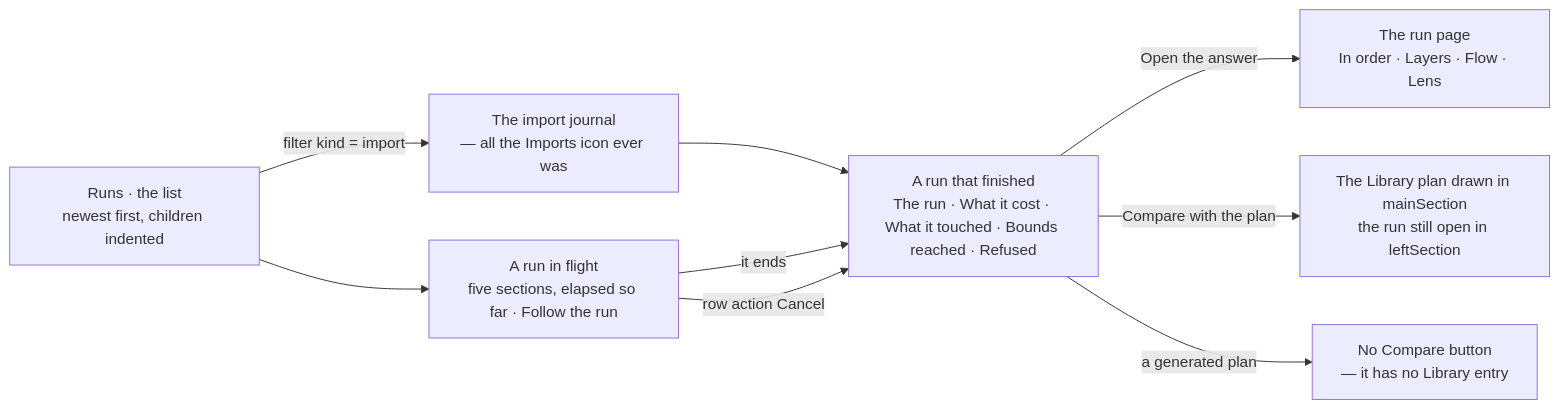
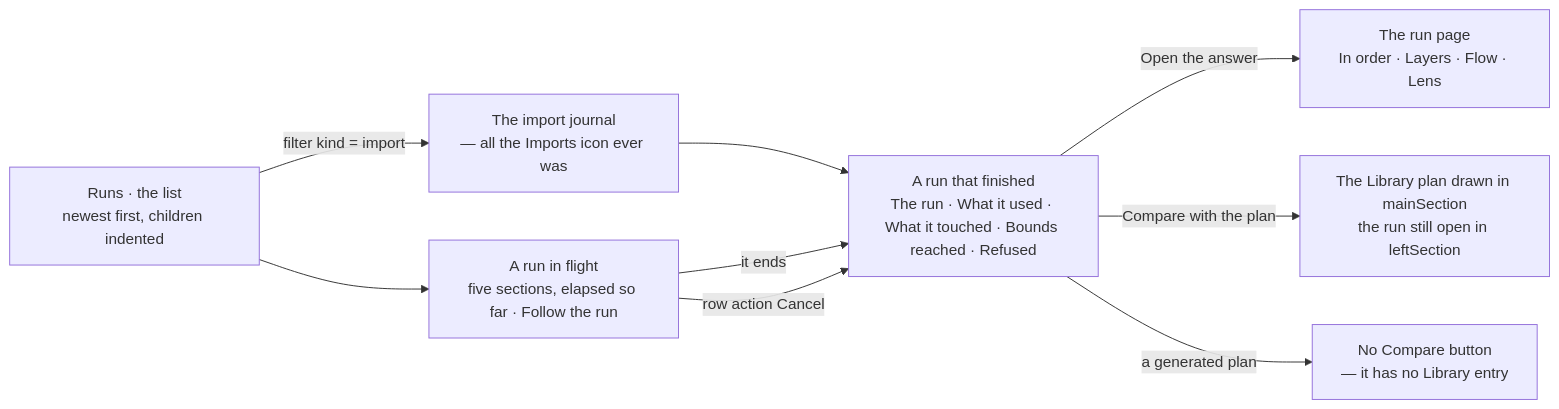
The first of 3 diagrams in docs/for-developers/modules/operate/features/see-what-ran.md (invana/invana), drawn with Mermaid before and after one commit. The commit also changed other lines of this file and 172 other files, not shown here.

````diff
--- a/docs/for-developers/modules/operate/features/see-what-ran.md
+++ b/docs/for-developers/modules/operate/features/see-what-ran.md
@@ -88,11 +88,11 @@
 ```mermaid
 flowchart LR
     L["Runs · the list<br/>newest first, children indented"] -->|filter kind = import| L2["The import journal<br/>— all the Imports icon ever was"]
     L --> R1["A run in flight<br/>five sections, elapsed so far · Follow the run"]
-    L2 --> R2["A run that finished<br/>The run · What it cost · What it touched · Bounds reached · Refused"]
+    L2 --> R2["A run that finished<br/>The run · What it used · What it touched · Bounds reached · Refused"]
     R1 -->|it ends| R2
     R2 -->|Open the answer| P["The run page<br/>In order · Layers · Flow · Lens"]
     R2 -->|Compare with the plan| F["The Library plan drawn in mainSection<br/>the run still open in leftSection"]
     R2 -->|a generated plan| N["No Compare button<br/>— it has no Library entry"]
     R1 -->|row action Cancel| R2
 ```
````
